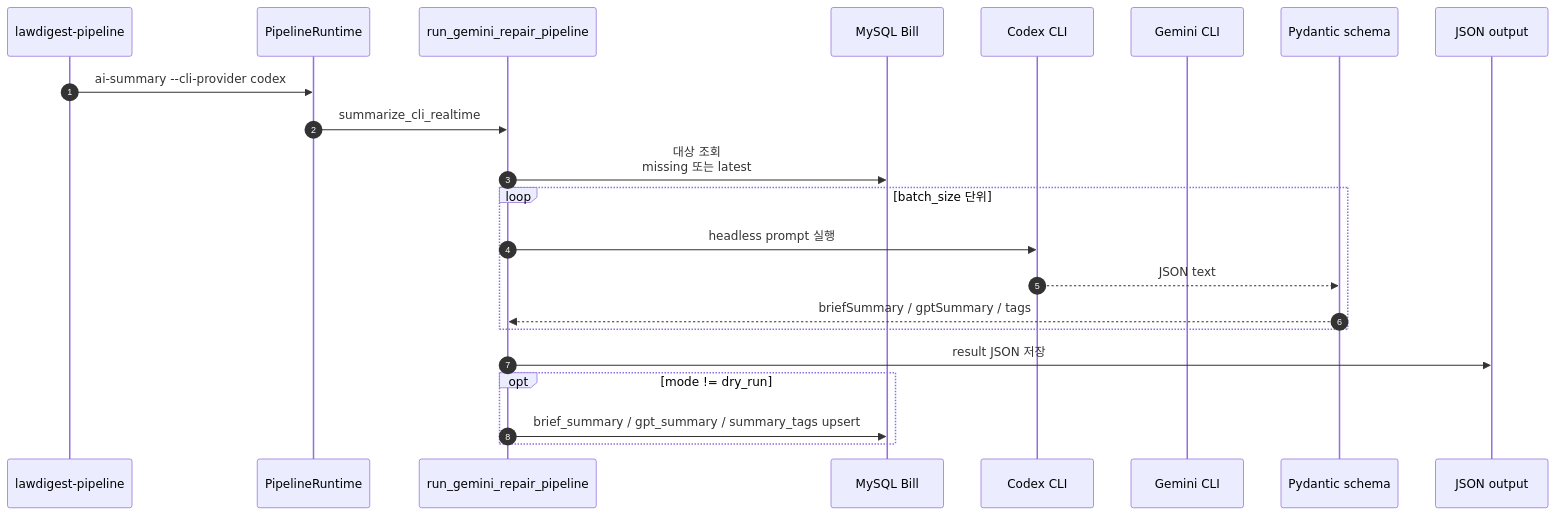
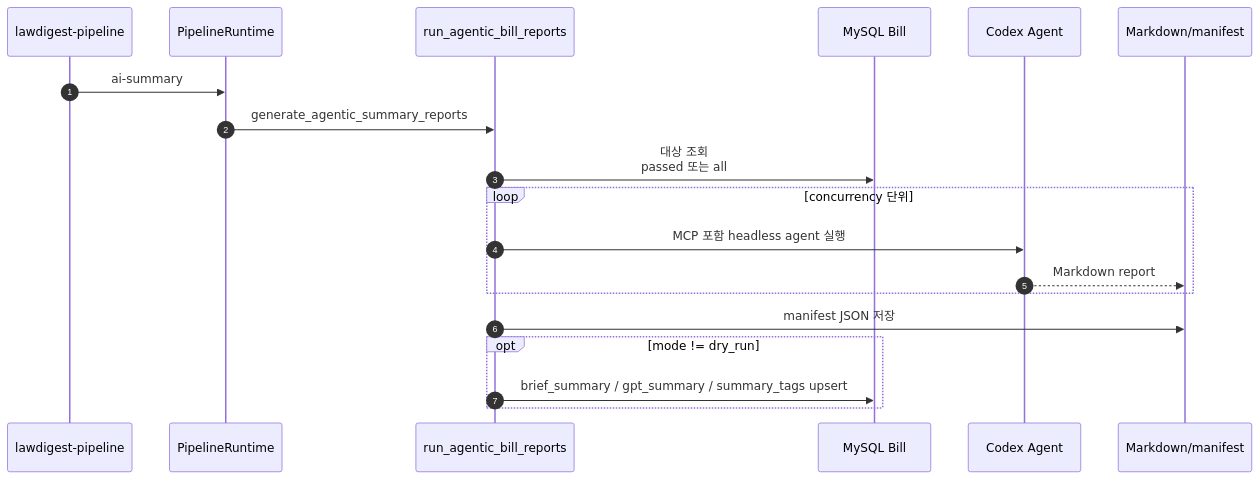
One commit to LawDigest/LawDigest changed the third of 3 diagrams in docs/data/법안 데이터 파이프라인/pipeline_architecture.md. Above: the diagram before and after it, drawn with Mermaid. The commit also changed other lines of this file and 8 other files, not shown here.

````diff
--- a/docs/data/법안 데이터 파이프라인/pipeline_architecture.md
+++ b/docs/data/법안 데이터 파이프라인/pipeline_architecture.md
@@ -219,25 +219,22 @@
 ```mermaid
 sequenceDiagram
     autonumber
     participant CLI as lawdigest-pipeline
     participant Runtime as PipelineRuntime
-    participant Repair as run_gemini_repair_pipeline
+    participant Agent as run_agentic_bill_reports
     participant DB as MySQL Bill
-    participant Codex as Codex CLI
-    participant Gemini as Gemini CLI
-    participant Schema as Pydantic schema
-    participant Output as JSON output
+    participant Codex as Codex Agent
+    participant Output as Markdown/manifest
 
-    CLI->>Runtime: ai-summary --cli-provider codex
-    Runtime->>Repair: summarize_cli_realtime
-    Repair->>DB: 대상 조회<br/>missing 또는 latest
-    loop batch_size 단위
-        Repair->>Codex: headless prompt 실행
-        Codex-->>Schema: JSON text
-        Schema-->>Repair: briefSummary / gptSummary / tags
+    CLI->>Runtime: ai-summary
+    Runtime->>Agent: generate_agentic_summary_reports
+    Agent->>DB: 대상 조회<br/>passed 또는 all
+    loop concurrency 단위
+        Agent->>Codex: MCP 포함 headless agent 실행
+        Codex-->>Output: Markdown report
     end
-    Repair->>Output: result JSON 저장
+    Agent->>Output: manifest JSON 저장
     opt mode != dry_run
-        Repair->>DB: brief_summary / gpt_summary / summary_tags upsert
+        Agent->>DB: brief_summary / gpt_summary / summary_tags upsert
     end
 ```
````
